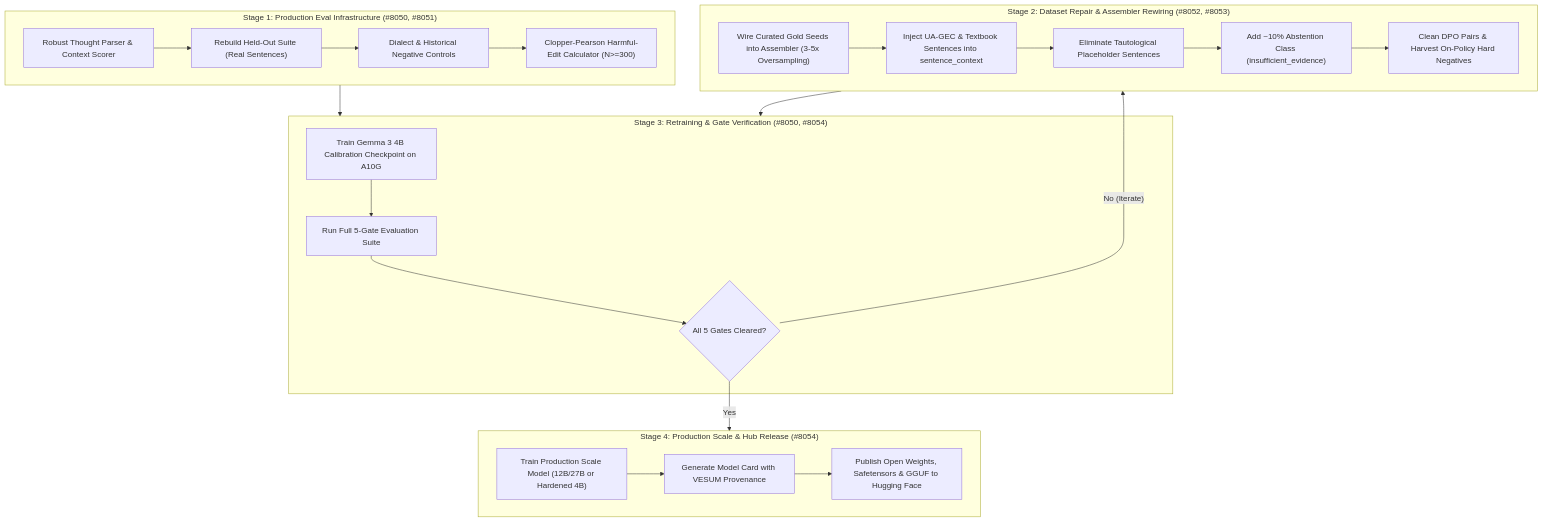
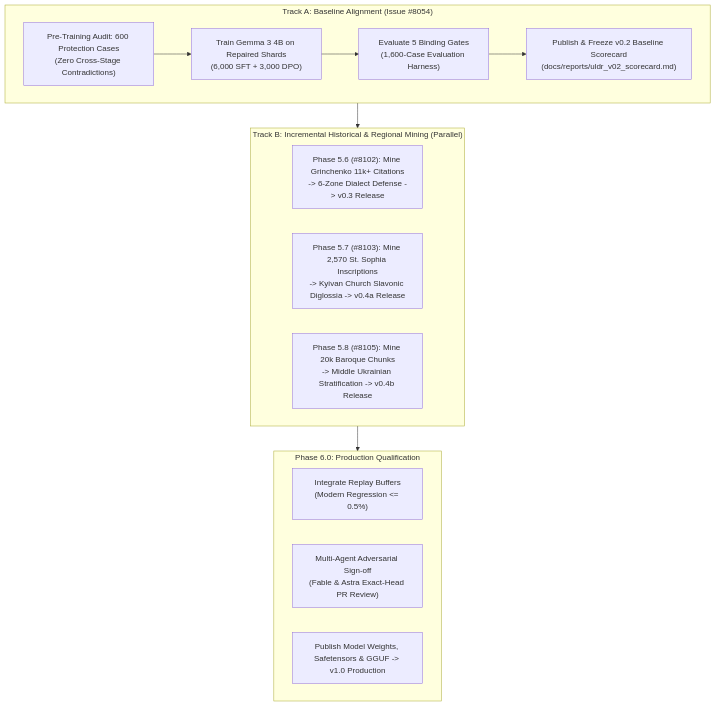
Before and after one commit to learn-ukrainian/learn-ukrainian.github.io: the diagram in docs/projects/open-model-data/PRODUCTION_RELEASE_PLAN.md, drawn with Mermaid. The commit also changed other lines of this file and 2 other files, not shown here.

First line of the commit message:
docs(open-model-data): establish Kyivan Church Slavonic diglossia model and v0.2->v1.0 roadmap

````diff
--- a/docs/projects/open-model-data/PRODUCTION_RELEASE_PLAN.md
+++ b/docs/projects/open-model-data/PRODUCTION_RELEASE_PLAN.md
@@ -26,30 +28,23 @@
 ```mermaid
 flowchart TD
-    subgraph Stage1["Stage 1: Production Eval Infrastructure (#8050, #8051)"]
-        A1["Robust Thought Parser & Context Scorer"] --> A2["Rebuild Held-Out Suite (Real Sentences)"]
-        A2 --> A3["Dialect & Historical Negative Controls"]
-        A3 --> A4["Clopper-Pearson Harmful-Edit Calculator (N>=300)"]
+    subgraph TrackA["Track A: Baseline Alignment (Issue #8054)"]
+        A1["Pre-Training Audit: 600 Protection Cases\n(Zero Cross-Stage Contradictions)"] --> A2["Train Gemma 3 4B on Repaired Shards\n(6,000 SFT + 3,000 DPO)"]
+        A2 --> A3["Evaluate 5 Binding Gates\n(1,600-Case Evaluation Harness)"]
+        A3 --> A4["Publish & Freeze v0.2 Baseline Scorecard\n(docs/reports/uldr_v02_scorecard.md)"]
     end
 
-    subgraph Stage2["Stage 2: Dataset Repair & Assembler Rewiring (#8052, #8053)"]
-        B1["Wire Curated Gold Seeds into Assembler (3-5x Oversampling)"] --> B2["Inject UA-GEC & Textbook Sentences into sentence_context"]
-        B2 --> B3["Eliminate Tautological Placeholder Sentences"]
-        B3 --> B4["Add ~10% Abstention Class (insufficient_evidence)"]
-        B4 --> B5["Clean DPO Pairs & Harvest On-Policy Hard Negatives"]
+    subgraph TrackB["Track B: Incremental Historical & Regional Mining (Parallel)"]
+        B1["Phase 5.6 (#8102): Mine Grinchenko 11k+ Citations\n-> 6-Zone Dialect Defense -> v0.3 Release"]
+        B2["Phase 5.7 (#8103): Mine 2,570 St. Sophia Inscriptions\n-> Kyivan Church Slavonic Diglossia -> v0.4a Release"]
+        B3["Phase 5.8 (#8105): Mine 20k Baroque Chunks\n-> Middle Ukrainian Stratification -> v0.4b Release"]
     end
 
-    subgraph Stage3["Stage 3: Retraining & Gate Verification (#8050, #8054)"]
-        C1["Train Gemma 3 4B Calibration Checkpoint on A10G"] --> C2["Run Full 5-Gate Evaluation Suite"]
-        C2 --> C3{"All 5 Gates Cleared?"}
+    subgraph FinalStage["Phase 6.0: Production Qualification"]
+        C1["Integrate Replay Buffers\n(Modern Regression <= 0.5%)"]
+        C2["Multi-Agent Adversarial Sign-off\n(Fable & Astra Exact-Head PR Review)"]
+        C3["Publish Model Weights, Safetensors & GGUF -> v1.0 Production"]
     end
 
-    subgraph Stage4["Stage 4: Production Scale & Hub Release (#8054)"]
-        D1["Train Production Scale Model (12B/27B or Hardened 4B)"] --> D2["Generate Model Card with VESUM Provenance"]
-        D2 --> D3["Publish Open Weights, Safetensors & GGUF to Hugging Face"]
-    end
-
-    Stage1 --> Stage3
-    Stage2 --> Stage3
-    C3 -- Yes --> Stage4
-    C3 -- No (Iterate) --> Stage2
+    TrackA --> TrackB
+    TrackB --> FinalStage
 ```
````
